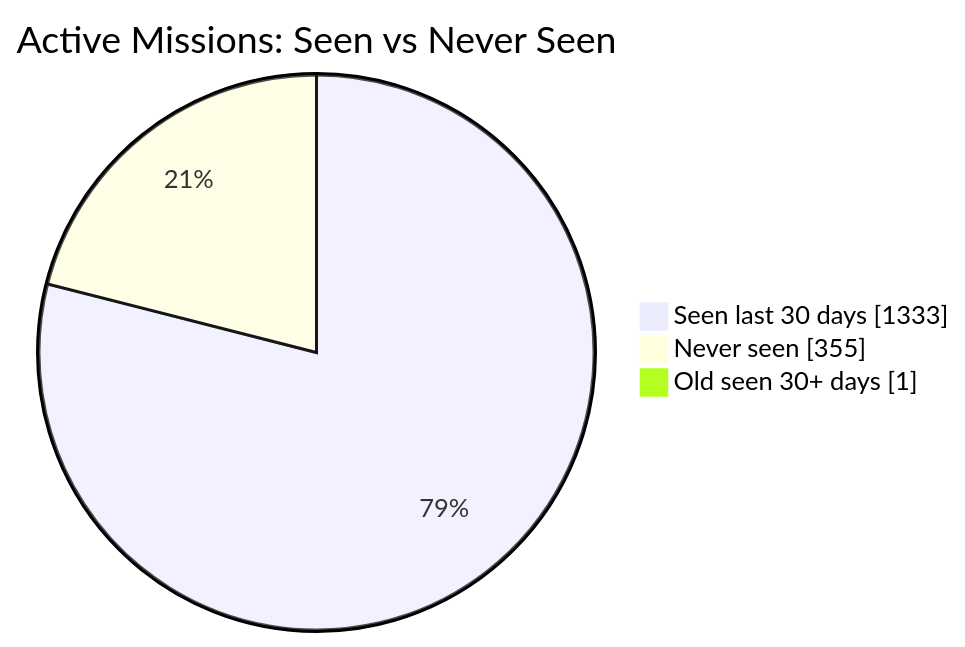
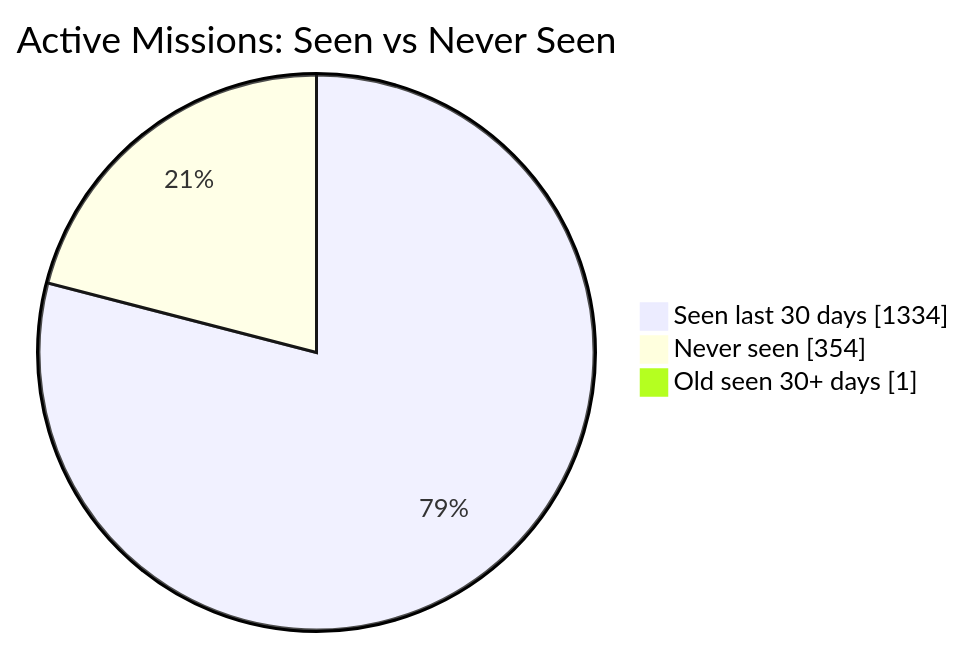
One commit to MeldkamerspelGameTeam/active-missions changed the first of 2 diagrams in README.md. Above: the diagram before and after it, drawn with Mermaid. The commit also changed other lines of this file and 2 other files, not shown here.

````diff
--- a/README.md
+++ b/README.md
@@ -34,7 +34,7 @@
 ```mermaid
 pie showData
     title Active Missions: Seen vs Never Seen
-    "Seen last 30 days" : 1333
-    "Never seen" : 355
+    "Seen last 30 days" : 1334
+    "Never seen" : 354
     "Old seen 30+ days" : 1
 ```
````
